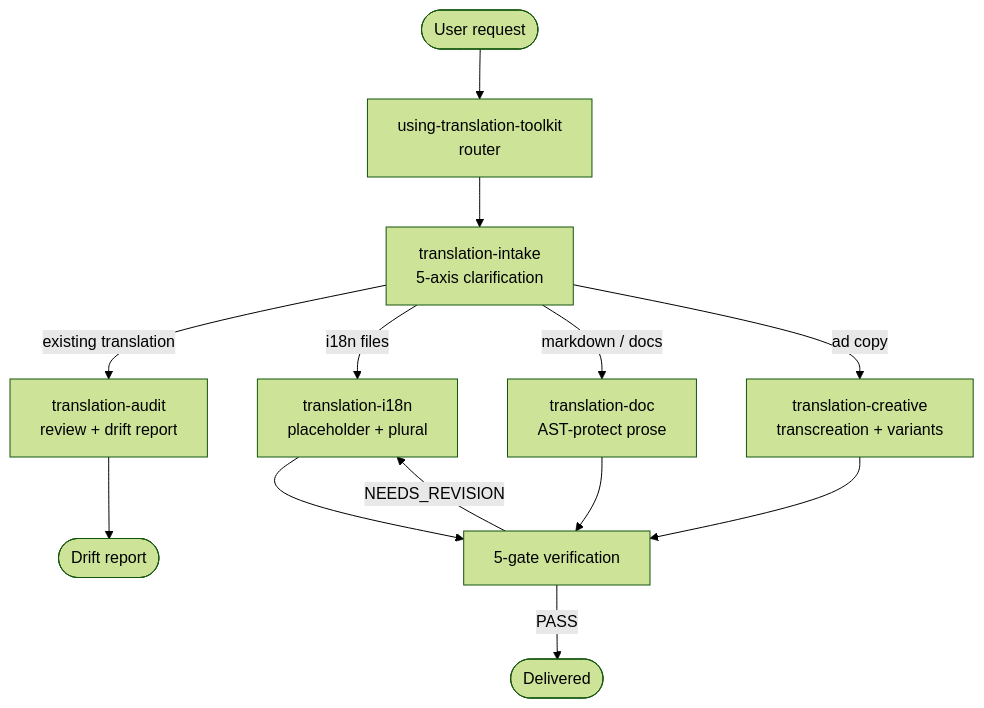
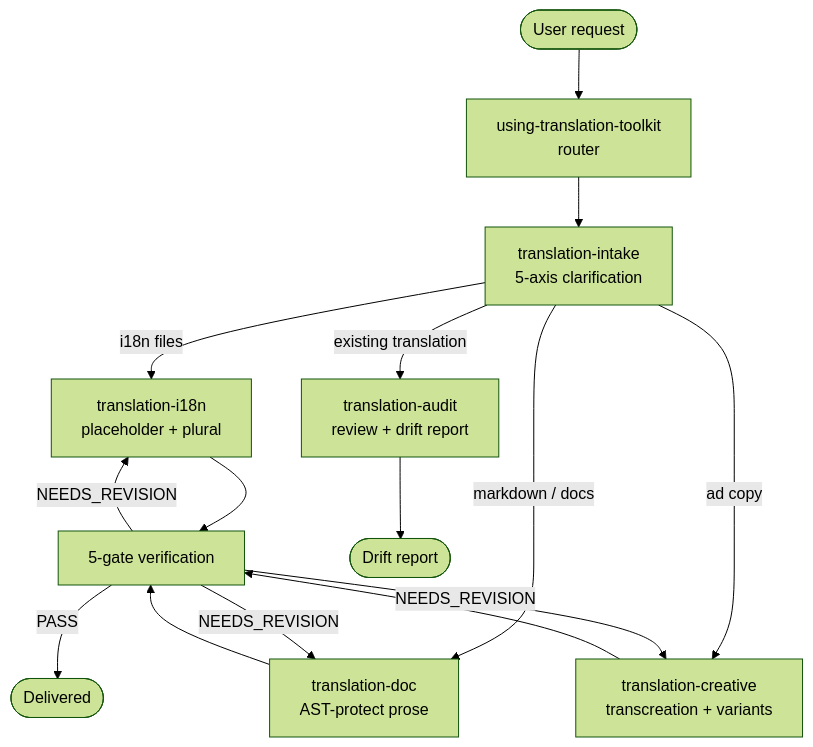
Before and after one commit to kouko/monkey-skills: the diagram in translation-toolkit/README.ja.md, drawn with Mermaid (forest theme). The commit also changed 3 other files, not shown here.

Commit message:
fix(translation-toolkit): mermaid revision arrows + marketplace description alignment

````diff
--- a/translation-toolkit/README.ja.md
+++ b/translation-toolkit/README.ja.md
@@ -68,15 +68,17 @@
 ```mermaid
 flowchart TD
     U([User request]) --> R[using-translation-toolkit<br/>router]
     R --> I[translation-intake<br/>5-axis clarification]
     I -- existing translation --> A[translation-audit<br/>review + drift report]
     I -- i18n files --> S[translation-i18n<br/>placeholder + plural]
     I -- markdown / docs --> D[translation-doc<br/>AST-protect prose]
     I -- ad copy --> C[translation-creative<br/>transcreation + variants]
     S --> G[5-gate verification]
     D --> G
     C --> G
     A --> OUT([Drift report])
     G -- PASS --> OUT2([Delivered])
     G -- NEEDS_REVISION --> S
+    G -- NEEDS_REVISION --> D
+    G -- NEEDS_REVISION --> C
 ```
````
